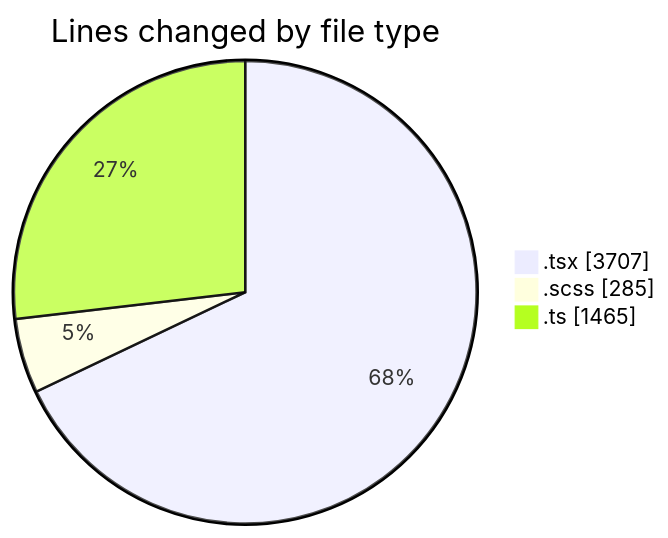
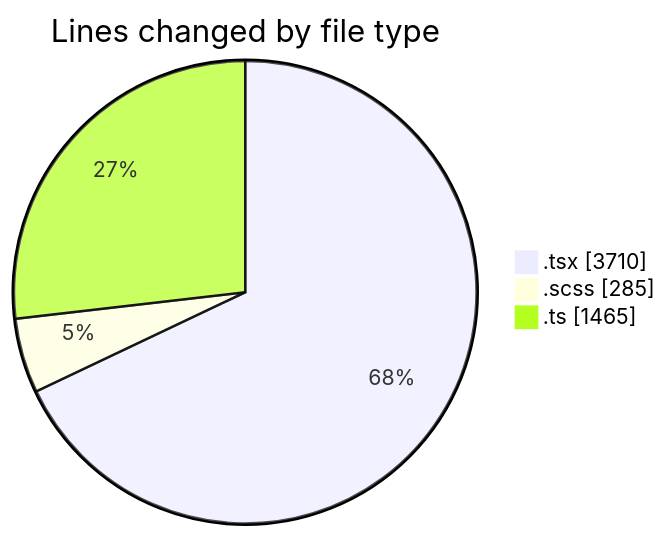
Before and after one commit to momahboobian/code-tracking: the first of 2 diagrams in 2026-02-25/cda/README.md, drawn with Mermaid. The commit also changed other lines of this file and 1 other file, not shown here.

````diff
--- a/2026-02-25/cda/README.md
+++ b/2026-02-25/cda/README.md
@@ -26,7 +26,7 @@
 ```mermaid
 pie showData
 title Lines changed by file type
-".tsx" : 3707
+".tsx" : 3710
 ".scss" : 285
 ".ts" : 1465
 ```
````
